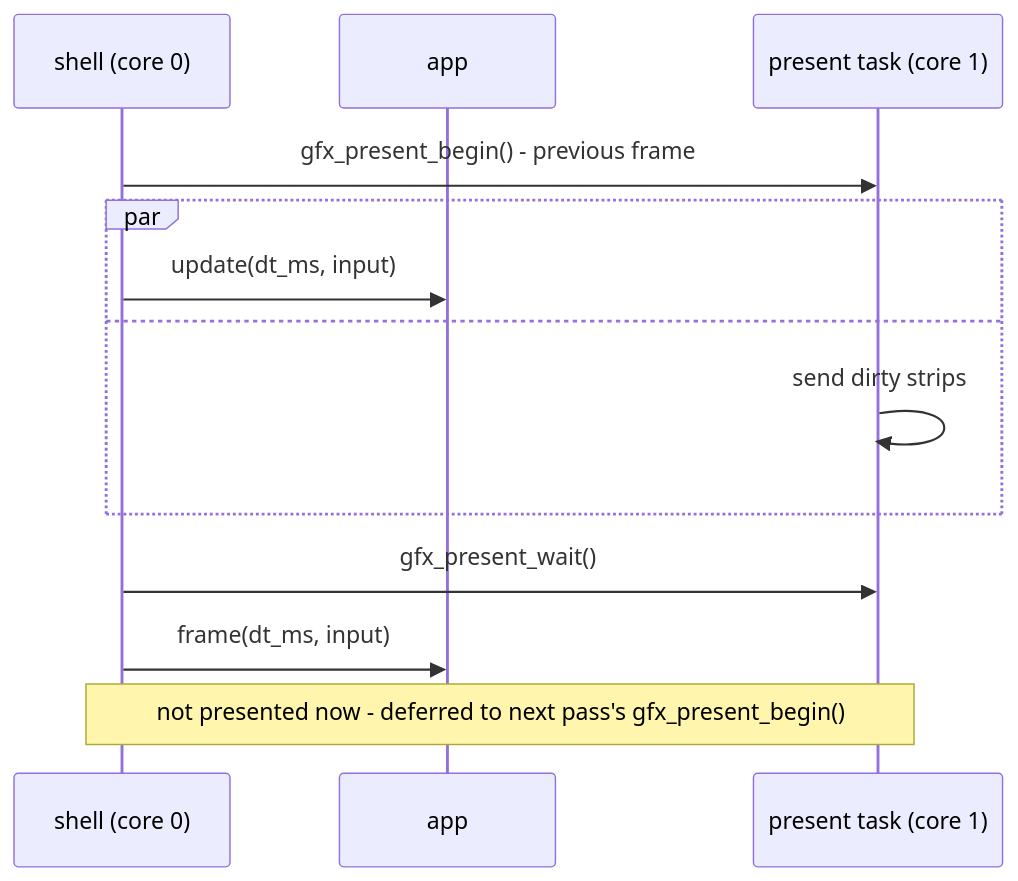
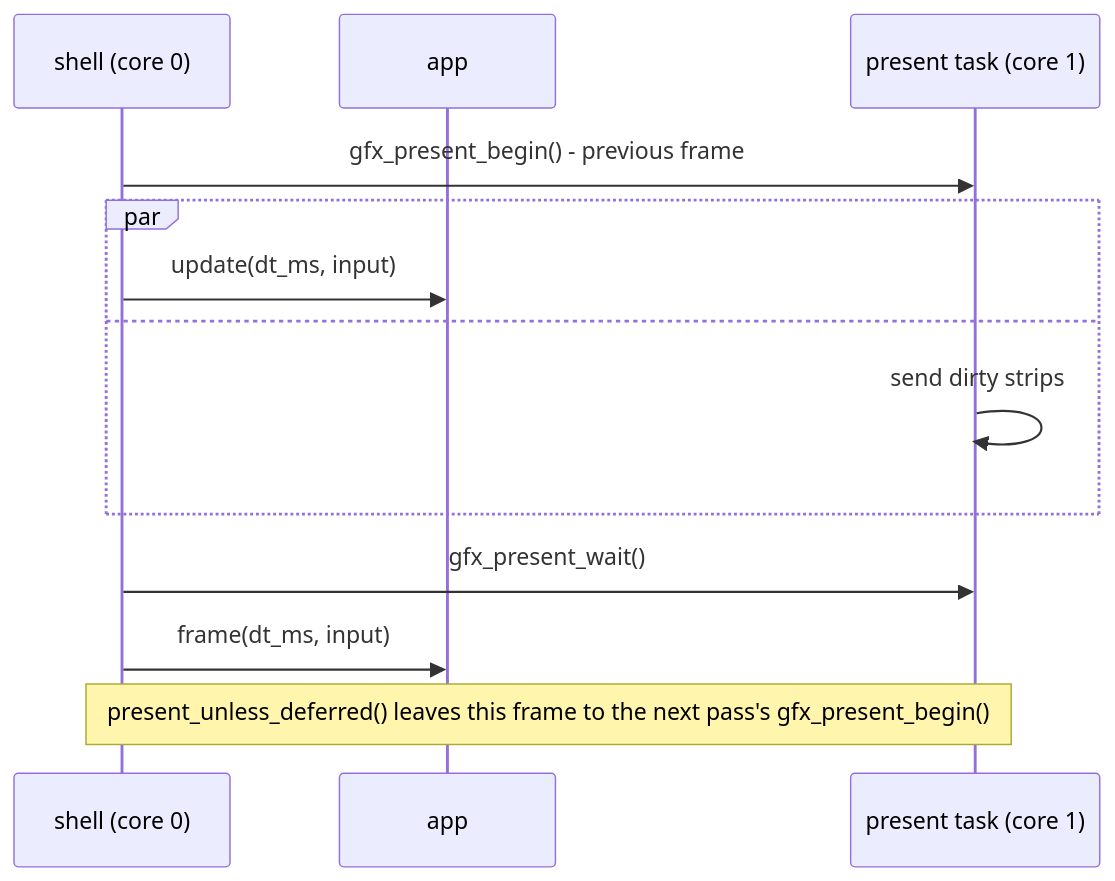
One commit to jose-villegas/autana changed the third of 3 diagrams in docs/Building-an-App.md. Above: the diagram before and after it, drawn with Mermaid. The commit also changed other lines of this file and 3 other files, not shown here.

````diff
--- a/docs/Building-an-App.md
+++ b/docs/Building-an-App.md
@@ -141,15 +141,15 @@
 ```mermaid
 sequenceDiagram
     participant S as shell (core 0)
     participant A as app
     participant P as present task (core 1)
     S->>P: gfx_present_begin() - previous frame
     par
         S->>A: update(dt_ms, input)
     and
         P->>P: send dirty strips
     end
     S->>P: gfx_present_wait()
     S->>A: frame(dt_ms, input)
-    Note over S,P: not presented now - deferred to next pass's gfx_present_begin()
+    Note over S,P: present_unless_deferred() leaves this frame to the next pass's gfx_present_begin()
 ```
````
